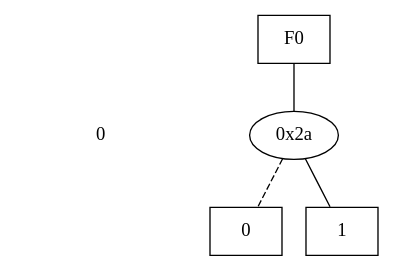
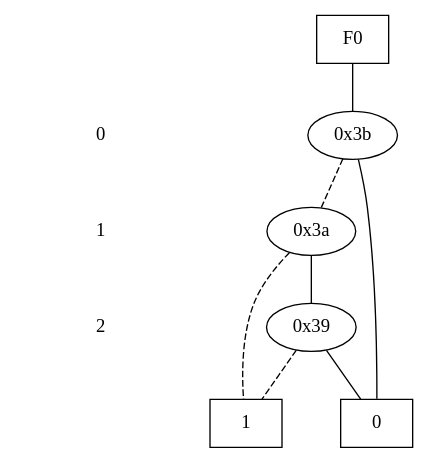
The diagram in bdd/graph.dot (brewmaster011/bdd_generator), drawn with Graphviz before and after one commit. The commit also changed 4 other files, not shown here.

```diff
--- a/bdd/graph.dot
+++ b/bdd/graph.dot
@@ -1,25 +1,35 @@
 digraph "DD" {
 size = "7.5,10"
 center = true;
 edge [dir = none];
 { node [shape = plaintext];
   edge [style = invis];
   "CONST NODES" [style = invis];
-" 0 " -> "CONST NODES"; 
+" 0 " -> " 1 " -> " 2 " -> "CONST NODES"; 
 }
 { rank = same; node [shape = box]; edge [style = invis];
 "F0"; }
 { rank = same; " 0 ";
-"0x2a";
+"0x3b";
+}
+{ rank = same; " 1 ";
+"0x3a";
+}
+{ rank = same; " 2 ";
+"0x39";
 }
 { rank = same; "CONST NODES";
 { node [shape = box]; "0x26";
 "0x25";
 }
 }
-"F0" -> "0x2a" [style = solid];
-"0x2a" -> "0x25";
-"0x2a" -> "0x26" [style = dashed];
+"F0" -> "0x3b" [style = solid];
+"0x3b" -> "0x26";
+"0x3b" -> "0x3a" [style = dashed];
+"0x3a" -> "0x39";
+"0x3a" -> "0x25" [style = dashed];
+"0x39" -> "0x26";
+"0x39" -> "0x25" [style = dashed];
 "0x26" [label = "0"];
 "0x25" [label = "1"];
 }
```
